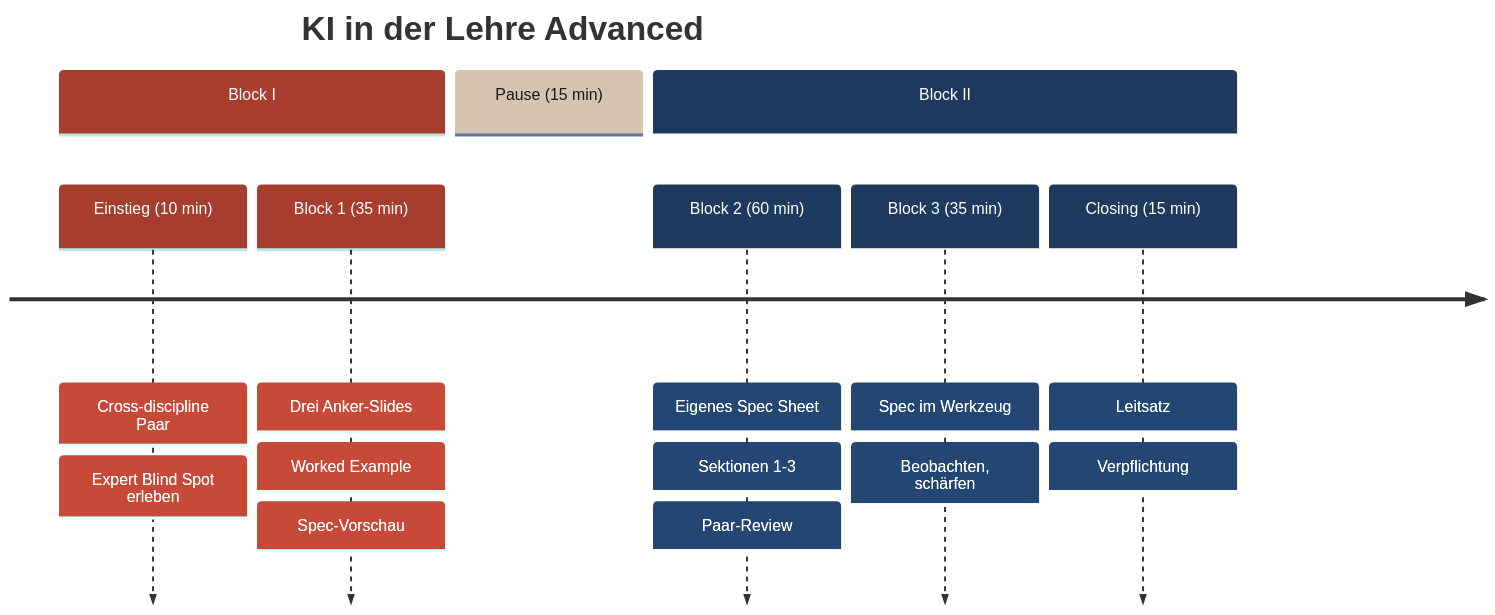
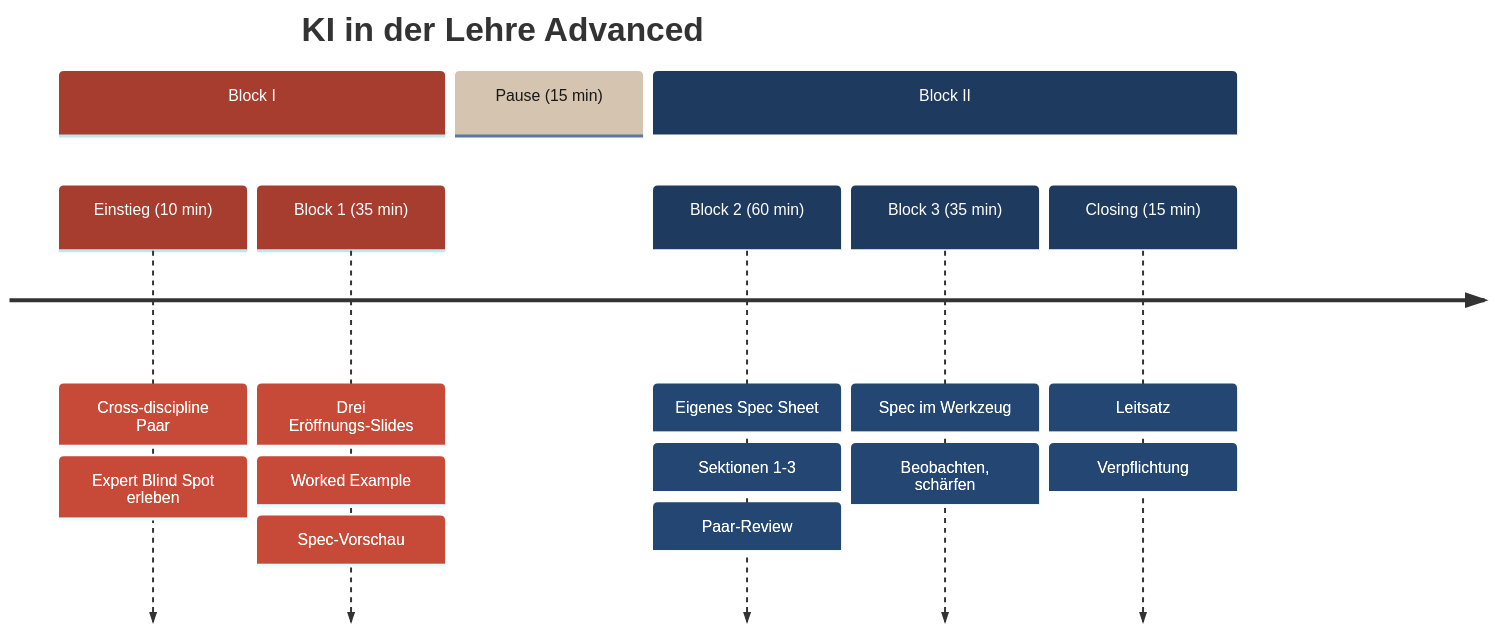
The diagram in resources/figures/fig-workshop-flow.qmd (virtuelleakademie/ki-lehre-advanced), drawn with Mermaid before and after one commit. The commit also changed 31 other files, not shown here.

````diff
--- a/resources/figures/fig-workshop-flow.qmd
+++ b/resources/figures/fig-workshop-flow.qmd
@@ -1,15 +1,15 @@
 ```{mermaid}
 %%| label: workshop-flow
 %%| echo: false
 %%{init: {'theme': 'base', 'themeVariables': {'cScale0': '#A63D2F', 'cScale1': '#d4c4b0', 'cScale2': '#1E3A5F', 'cScale3': '#d4c4b0', 'cScale4': '#7B4EA3', 'cScale5': '#B8821A', 'cScaleLabel0': '#ffffff', 'cScaleLabel1': '#1A1714', 'cScaleLabel2': '#ffffff', 'cScaleLabel3': '#1A1714', 'cScaleLabel4': '#ffffff', 'cScaleLabel5': '#ffffff', 'cScalePeer0': '#c46a5f', 'cScalePeer1': '#e5ddd0', 'cScalePeer2': '#4a6a8f', 'cScalePeer3': '#e5ddd0', 'cScalePeer4': '#9a7abf', 'cScalePeer5': '#d4a84a'}}}%%
 timeline
   title KI in der Lehre Advanced
   section Block I
     Einstieg (10 min) : Cross-discipline Paar : Expert Blind Spot erleben
-    Block 1 (35 min) : Drei Anker-Slides : Worked Example : Spec-Vorschau
+    Block 1 (35 min) : Drei Eröffnungs-Slides : Worked Example : Spec-Vorschau
   section Pause (15 min)
   section Block II
     Block 2 (60 min) : Eigenes Spec Sheet : Sektionen 1-3 : Paar-Review
     Block 3 (35 min) : Spec im Werkzeug : Beobachten, schärfen
     Closing (15 min) : Leitsatz : Verpflichtung
 ```
````
